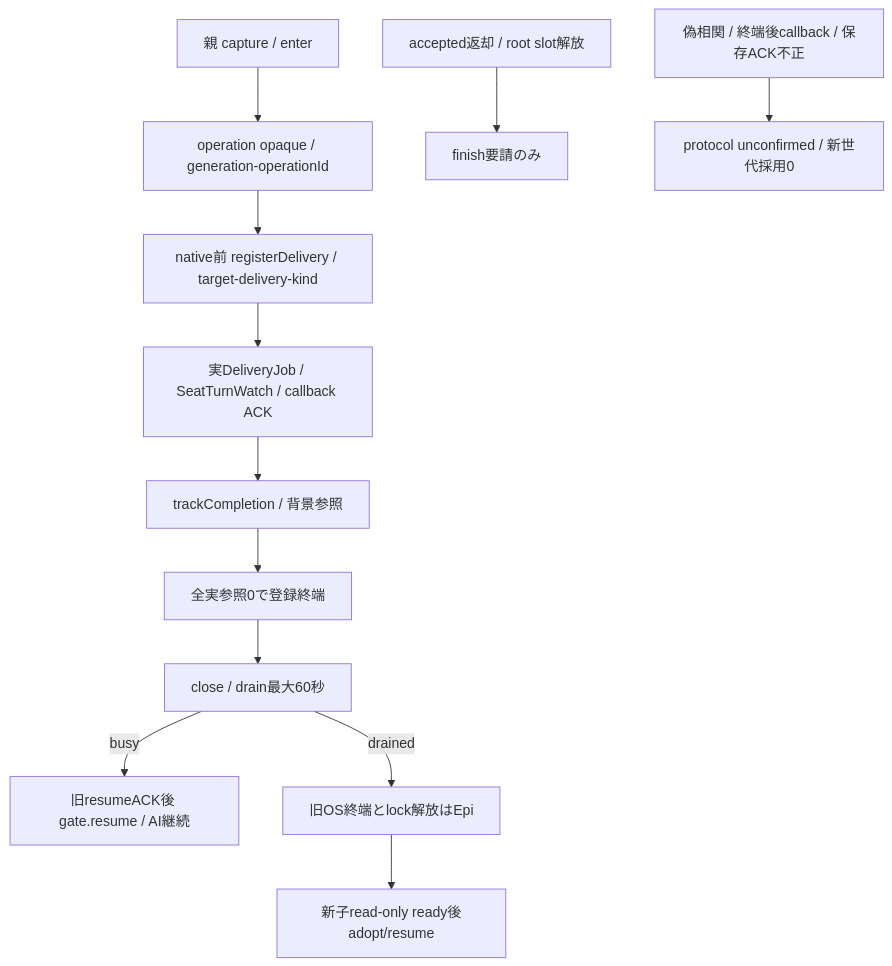
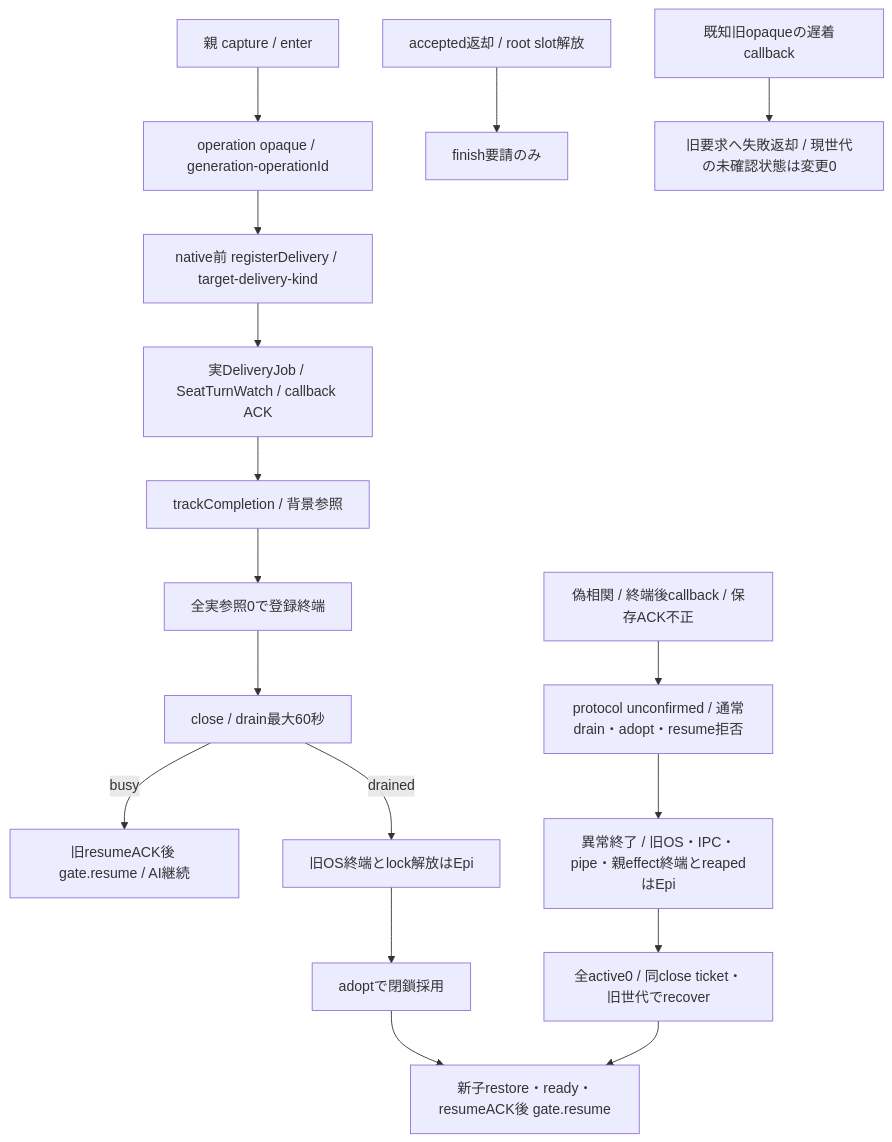
The diagram in docs/architecture/modules/execution/conversation-lifetimes.md (kitepon/BellTeam), drawn with Mermaid before and after one commit. The commit also changed other lines of this file and 2 other files, not shown here.

Commit message:
fix: recover drained conversation generation after child exit

````diff
--- a/docs/architecture/modules/execution/conversation-lifetimes.md
+++ b/docs/architecture/modules/execution/conversation-lifetimes.md
@@ -5,14 +5,19 @@
 ```mermaid
 flowchart TD
   Admit[親 capture / enter] --> Root[operation opaque / generation-operationId]
   Root --> Register[native前 registerDelivery / target-delivery-kind]
   Register --> Job[実DeliveryJob / SeatTurnWatch / callback ACK]
   Wire[accepted返却 / root slot解放] --> Finish[finish要請のみ]
   Job --> Refs[trackCompletion / 背景参照]
   Refs --> End[全実参照0で登録終端]
   End --> Drain[close / drain最大60秒]
   Drain -->|busy| Resume[旧resumeACK後 gate.resume / AI継続]
   Drain -->|drained| OS[旧OS終端とlock解放はEpi]
-  OS --> Adopt[新子read-only ready後adopt/resume]
-  Late[偽相関 / 終端後callback / 保存ACK不正] --> Unknown[protocol unconfirmed / 新世代採用0]
+  OS --> Adopt[adoptで閉鎖採用]
+  Adopt --> Ready[新子restore・ready・resumeACK後 gate.resume]
+  Unknown --> Barrier[異常終了 / 旧OS・IPC・pipe・親effect終端とreapedはEpi]
+  Barrier --> Recover[全active0 / 同close ticket・旧世代でrecover]
+  Recover --> Ready
+  Retired[既知旧opaqueの遅着callback] --> OldError[旧要求へ失敗返却 / 現世代の未確認状態は変更0]
+  Late[偽相関 / 終端後callback / 保存ACK不正] --> Unknown[protocol unconfirmed / 通常drain・adopt・resume拒否]
 ```
````
